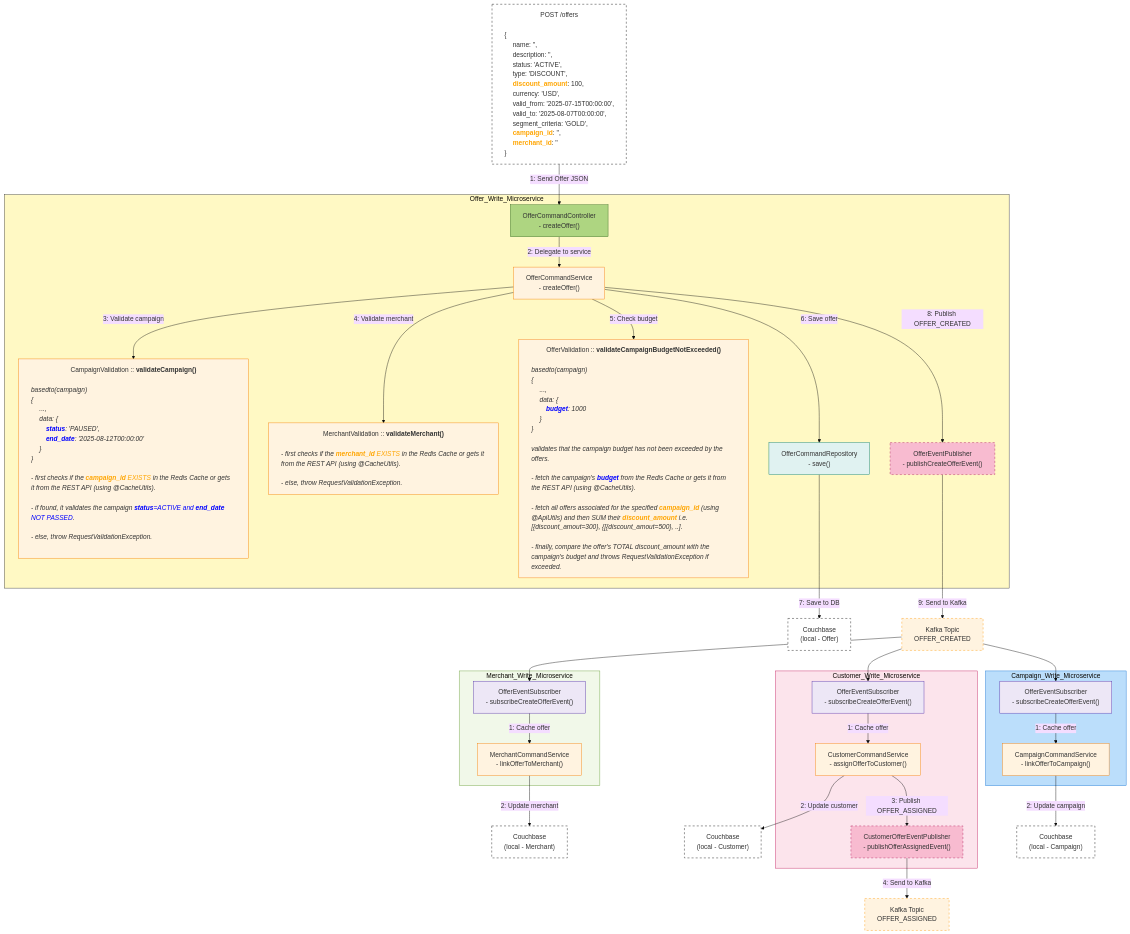
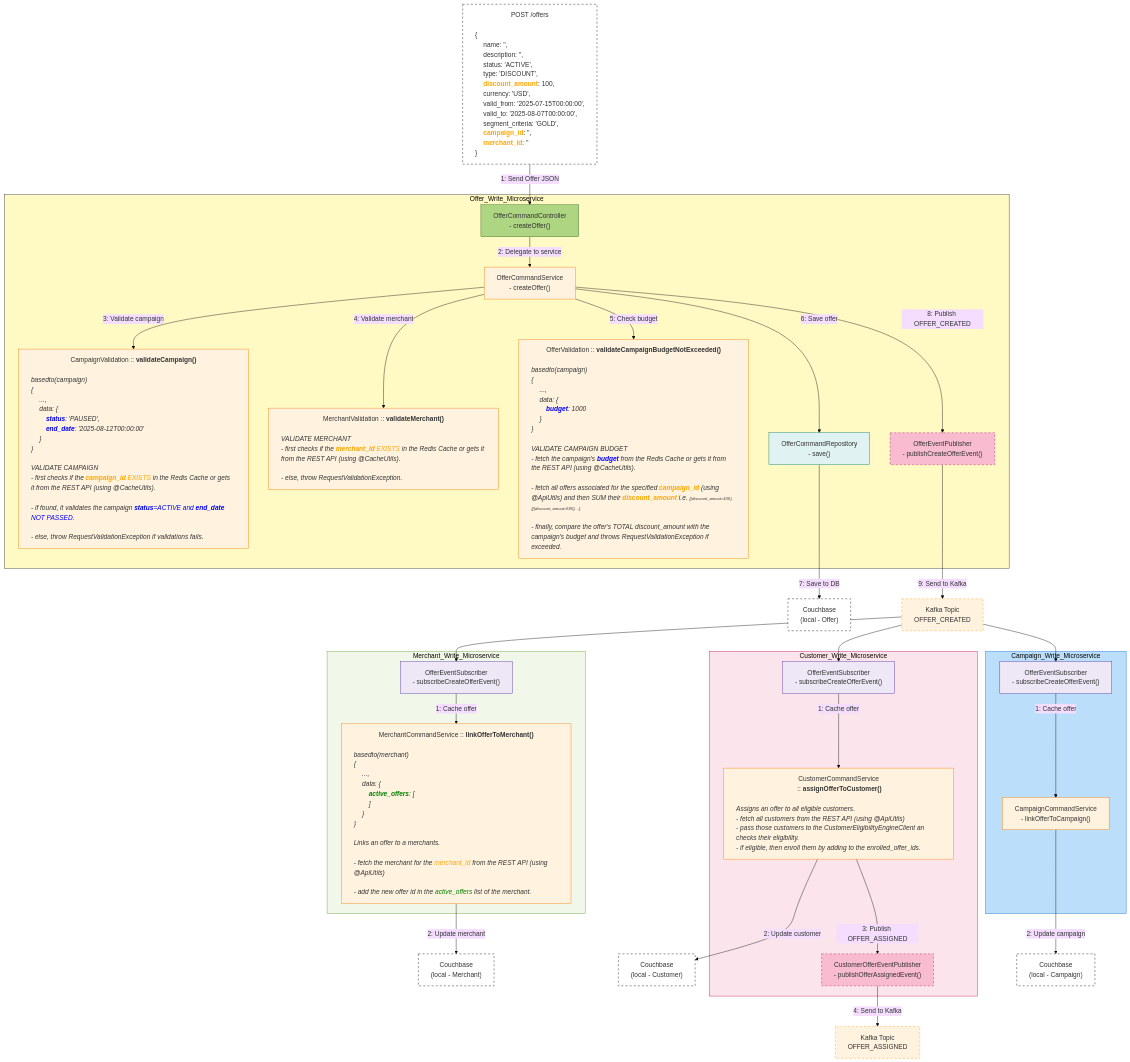
Before and after one commit to aakashkumar1980/apps-microservices: the diagram in _readme_assets/offer_create.mmd, drawn with Mermaid (base theme).

Commit message:
code refactor

```diff
--- a/_readme_assets/offer_create.mmd
+++ b/_readme_assets/offer_create.mmd
@@ -1,140 +1,165 @@
 %%{ init: { "flowchart": { "htmlLabels": true, "wrappingWidth": 500 } } }%%
 flowchart TD
 
 %% REST Client
     POSTMAN["POST /offers
     <div style='text-align: left'>
 {
 #emsp; name: '',
 #emsp; description: '',
 #emsp; status: 'ACTIVE',
 #emsp; type: 'DISCOUNT',
 #emsp; <font color=orange><b> discount_amount</b></font>: 100,
 #emsp; currency: 'USD',
 #emsp; valid_from: '2025-07-15T00:00:00',
 #emsp; valid_to: '2025-08-07T00:00:00',
 #emsp; segment_criteria: 'GOLD',
 #emsp; <font color=orange><b>campaign_id</b></font>: '',
 #emsp; <font color=orange><b>merchant_id</b></font>: ''
 }
 </div>
 "]:::external
 
 %% Offer Write Microservice
 subgraph Offer_Write_Microservice
 style Offer_Write_Microservice fill:#FFF9C4,stroke:#333,stroke-width:1px
 
 OCC["OfferCommandController<br>- createOffer()"]:::controller
 OCS["OfferCommandService<br>- createOffer()"]:::service
 
-CV["CampaignValidation :: <b>validateCampaign()</b><i>
-<div style='text-align: left'>
+CV["CampaignValidation :: <b>validateCampaign()</b>
+<div style='text-align:left; font-style: italic;'>
 basedto(campaign)
 {
 #emsp; ...,
 #emsp; data: {
 #emsp;#emsp; <font color=blue><b>status</b></font>: 'PAUSED',
 #emsp;#emsp; <font color=blue><b>end_date</b></font>: '2025-08-12T00:00:00'
 #emsp; }
 }<br>
+VALIDATE CAMPAIGN
 - first checks if the <font color=orange><b>campaign_id</b> EXISTS</font> in the Redis Cache or gets it from the REST API (using @CacheUtils).<br>
 - if found, it validates the campaign <font color=blue><b>status</b>=ACTIVE and <b>end_date</b> NOT PASSED</font>.<br>
-- else, throw RequestValidationException.
+- else, throw RequestValidationException if validations fails.
 </div>
-</i>"]:::service
+"]:::service
 
-MV["MerchantValidation :: <b>validateMerchant()</b><i>
-<div style='text-align: left'>
+MV["MerchantValidation :: <b>validateMerchant()</b>
+<div style='text-align:left; font-style: italic;'>
+VALIDATE MERCHANT
 - first checks if the <font color=orange><b>merchant_id</b> EXISTS</font> in the Redis Cache or gets it from the REST API (using @CacheUtils).<br>
 - else, throw RequestValidationException.
 </div>
 "]:::service
 
-OV["OfferValidation :: <b>validateCampaignBudgetNotExceeded()</b><i>
-<div style='text-align: left'>
+OV["OfferValidation :: <b>validateCampaignBudgetNotExceeded()</b>
+<div style='text-align:left; font-style: italic;'>
 basedto(campaign)
 {
 #emsp; ...,
 #emsp; data: {
 #emsp;#emsp; <font color=blue><b>budget</b></font>: 1000
 #emsp; }
 }<br>
-validates that the campaign budget has not been exceeded by the offers.<br>
+VALIDATE CAMPAIGN BUDGET
 - fetch the campaign's <font color=blue><b>budget</b></font> from the Redis Cache or gets it from the REST API (using @CacheUtils).<br>
-- fetch all offers associated for the specified <font color=orange><b>campaign_id</b></font> (using @ApiUtils) and then SUM their <font color=orange><b>discount_amount</b></font> i.e. [{discount_amout=300}, {[{discount_amout=500}, ..].<br>
+- fetch all offers associated for the specified <font color=orange><b>campaign_id</b></font> (using @ApiUtils) and then SUM their <font color=orange><b>discount_amount</b></font> i.e. <font size=1.5em>[{discount_amout=100}, {[{discount_amout=500}, ..].</font><br>
 - finally, compare the offer's TOTAL discount_amount with the campaign's budget and throws RequestValidationException if exceeded.
 </div>
 "]:::service
 
 OCR["OfferCommandRepository<br>- save()"]:::repository
 OEP["OfferEventPublisher<br>- publishCreateOfferEvent()"]:::event
 end
 
 %% Merchant Subscriber
 subgraph Merchant_Write_Microservice
 style Merchant_Write_Microservice fill:#F1F8E9,stroke:#689F38,stroke-width:1px
 
 MES["OfferEventSubscriber<br>- subscribeCreateOfferEvent()"]:::subscriber
-MC["MerchantCommandService<br>- linkOfferToMerchant()"]:::service
+MC["MerchantCommandService :: <b>linkOfferToMerchant()</b>
+<div style='text-align:left; font-style: italic;'>
+basedto(merchant)
+{
+#emsp; ...,
+#emsp; data: {
+#emsp;#emsp; <font color=green><b>active_offers</b></font>: [
+#emsp;#emsp; ]
+#emsp; }
+}<br>
+Links an offer to a merchants.<br>
+- fetch the merchant for the <font color=orange>merchant_id</font> from the REST API (using @ApiUtils)<br>
+- add the new offer id in the <font color=green>active_offers</font> list of the merchant.
+</div>
+"]:::service
 end
 
 %% Customer Subscriber
 subgraph Customer_Write_Microservice
 style Customer_Write_Microservice fill:#FCE4EC,stroke:#C2185B,stroke-width:1px
 
 CES["OfferEventSubscriber<br>- subscribeCreateOfferEvent()"]:::subscriber
-CC["CustomerCommandService<br>- assignOfferToCustomer()"]:::service
+
+CC["CustomerCommandService<br> :: <b>assignOfferToCustomer()</b>
+<div style='text-align:left; font-style: italic;'>
+Assigns an offer to all eligible customers.
+- fetch all customers from the REST API (using @ApiUtils)
+- pass those customers to the CustomerEligibilityEngineClient an checks their eligibility.
+- if eligible, then enroll them by adding to the enrolled_offer_ids.
+</div>
+"]:::service
+
 CEP["CustomerOfferEventPublisher<br>- publishOfferAssignedEvent()"]:::event
 end
 
 %% Campaign Subscriber
 subgraph Campaign_Write_Microservice
 style Campaign_Write_Microservice fill:#BBDEFB,stroke:#1976D2,stroke-width:1px
 
 CAS["OfferEventSubscriber<br>- subscribeCreateOfferEvent()"]:::subscriber
 CCS["CampaignCommandService<br>- linkOfferToCampaign()"]:::service
 end
 
 %% External Systems
 COUCHBASE_OFFER["Couchbase<br>(local - Offer)"]:::external
 COUCHBASE_MERCHANT["Couchbase<br>(local - Merchant)"]:::external
 COUCHBASE_CUSTOMER["Couchbase<br>(local - Customer)"]:::external
 COUCHBASE_CAMPAIGN["Couchbase<br>(local - Campaign)"]:::external
 KAFKA1["Kafka Topic<br>OFFER_CREATED"]:::kafka
 KAFKA2["Kafka Topic<br>OFFER_ASSIGNED"]:::kafka
 
 %% Flow Steps (Main Command Flow)
 POSTMAN -->|1: Send Offer JSON| OCC
 OCC -->|2: Delegate to service| OCS
 OCS -->|3: Validate campaign| CV
 OCS -->|4: Validate merchant| MV
 OCS -->|5: Check budget| OV
 OCS -->|6: Save offer| OCR
 OCR -->|7: Save to DB| COUCHBASE_OFFER
 OCS -->|8: Publish OFFER_CREATED| OEP
 OEP -->|9: Send to Kafka| KAFKA1
 
 %% Subscriptions via Kafka OFFER_CREATED
 KAFKA1 --> MES
 MES -->|1: Cache offer| MC
 MC -->|2: Update merchant| COUCHBASE_MERCHANT
 
 KAFKA1 --> CES
 CES -->|1: Cache offer| CC
 CC -->|2: Update customer| COUCHBASE_CUSTOMER
 CC -->|3: Publish OFFER_ASSIGNED| CEP
 CEP -->|4: Send to Kafka| KAFKA2
 
 KAFKA1 --> CAS
 CAS -->|1: Cache offer| CCS
 CCS -->|2: Update campaign| COUCHBASE_CAMPAIGN
 
 %% Styling
 classDef controller fill:#AED581,stroke:#33691E,stroke-width:1px;
 classDef service fill:#FFF3E0,stroke:#F57C00,stroke-width:1px;
 classDef repository fill:#E0F2F1,stroke:#00796B,stroke-width:1px;
 classDef util fill:#E1BEE7,stroke:#6A1B9A,stroke-width:1px;
 classDef event fill:#F8BBD0,stroke:#AD1457,stroke-width:1px,stroke-dasharray: 5 5;
 classDef subscriber fill:#EDE7F6,stroke:#512DA8,stroke-width:1px;
 classDef external fill:#FFFFFF,stroke:#000,stroke-width:1px,stroke-dasharray: 5 5;
 classDef kafka fill:#FFF3E0,stroke:#FF9800,stroke-width:1px,stroke-dasharray: 5 5;
```
